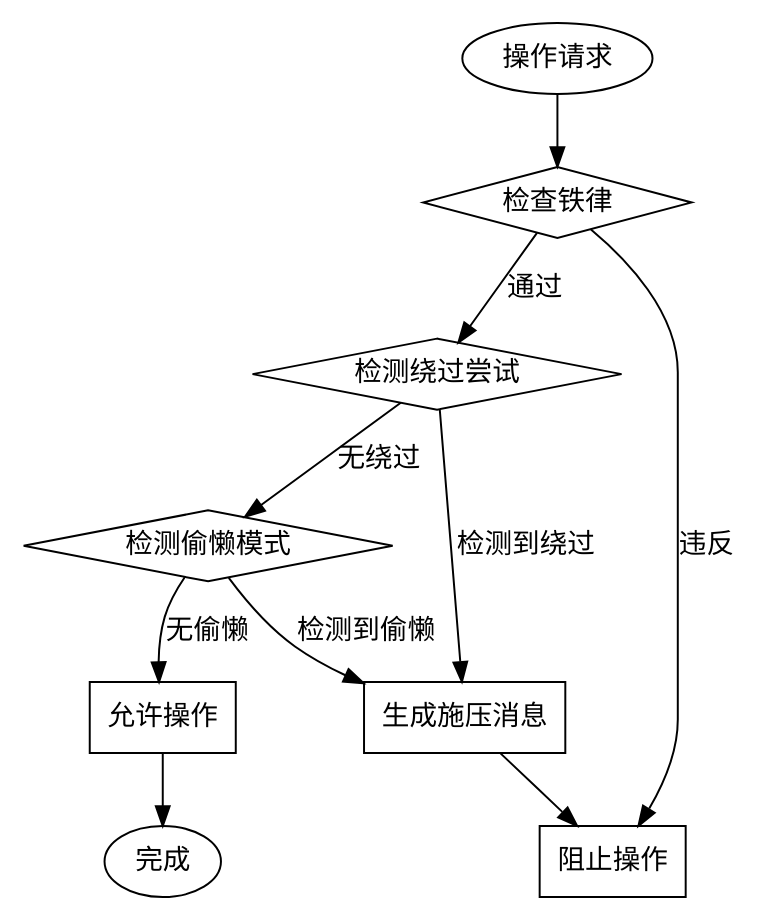
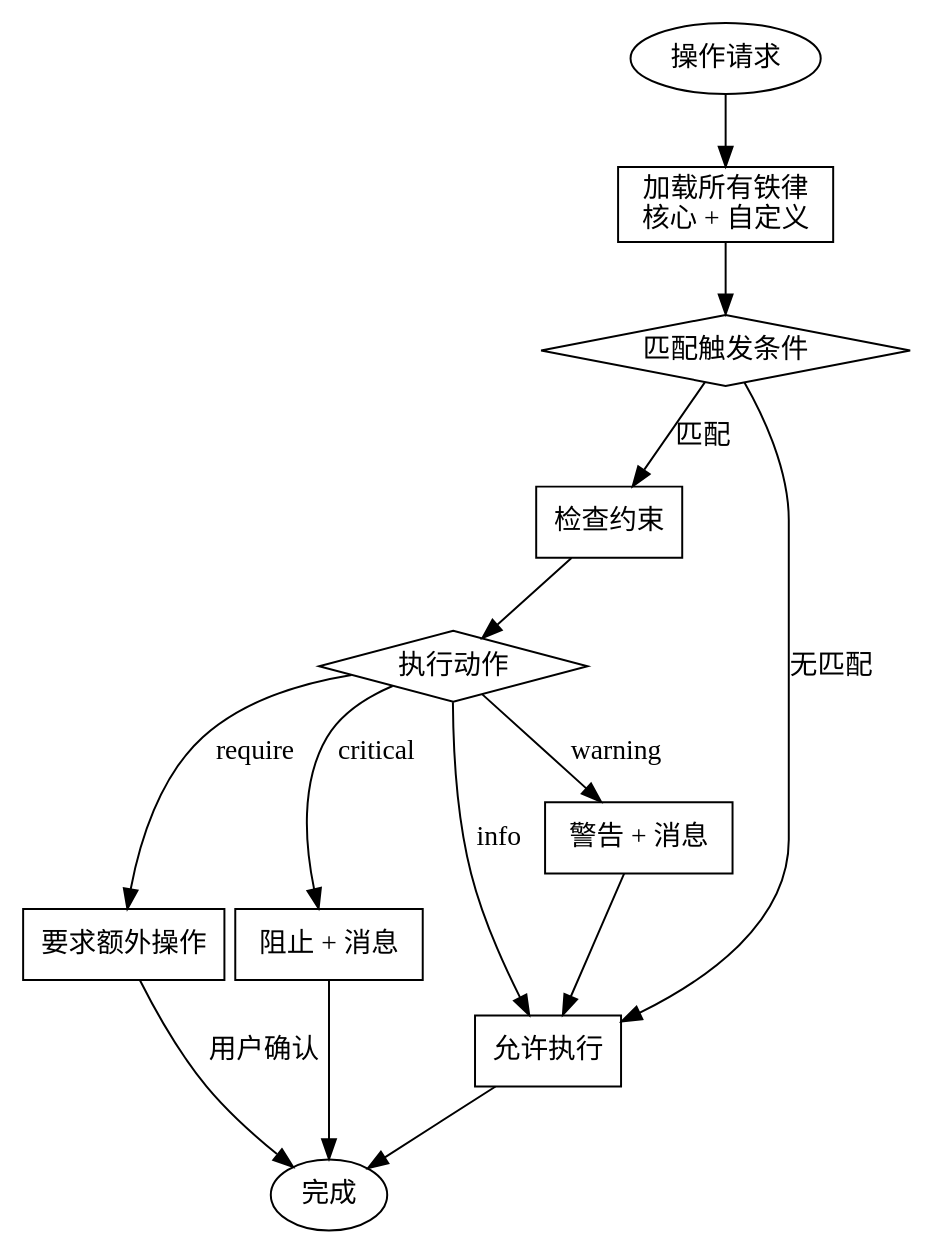
The diagram in skills/iron-law-enforcer/SKILL.md (jeesoul/chaos-harness), drawn with Graphviz before and after one commit. The commit also changed other lines of this file and 8 other files, not shown here.

First line of the commit message:
feat: add plugin system and custom iron laws support

````diff
--- a/skills/iron-law-enforcer/SKILL.md
+++ b/skills/iron-law-enforcer/SKILL.md
@@ -243,24 +148,30 @@
 ```dot
-digraph iron_law {
+digraph iron_law_execution {
     rankdir=TB;
     
     start [label="操作请求", shape=ellipse];
-    check_laws [label="检查铁律", shape=diamond];
-    check_bypass [label="检测绕过尝试", shape=diamond];
-    check_laziness [label="检测偷懒模式", shape=diamond];
-    allow [label="允许操作", shape=box];
-    block [label="阻止操作", shape=box];
-    pressure [label="生成施压消息", shape=box];
+    load [label="加载所有铁律\n核心 + 自定义", shape=box];
+    match [label="匹配触发条件", shape=diamond];
+    check [label="检查约束", shape=box];
+    action [label="执行动作", shape=diamond];
+    block [label="阻止 + 消息", shape=box];
+    warn [label="警告 + 消息", shape=box];
+    require [label="要求额外操作", shape=box];
+    allow [label="允许执行", shape=box];
     done [label="完成", shape=ellipse];
     
-    start -> check_laws;
-    check_laws -> check_bypass [label="通过"];
-    check_laws -> block [label="违反"];
-    check_bypass -> check_laziness [label="无绕过"];
-    check_bypass -> pressure [label="检测到绕过"];
-    check_laziness -> allow [label="无偷懒"];
-    check_laziness -> pressure [label="检测到偷懒"];
+    start -> load;
+    load -> match;
+    match -> check [label="匹配"];
+    match -> allow [label="无匹配"];
+    check -> action;
+    action -> block [label="critical"];
+    action -> warn [label="warning"];
+    action -> require [label="require"];
+    action -> allow [label="info"];
+    warn -> allow;
+    require -> done [label="用户确认"];
     allow -> done;
-    pressure -> block;
+    block -> done;
 }
 ```
````
